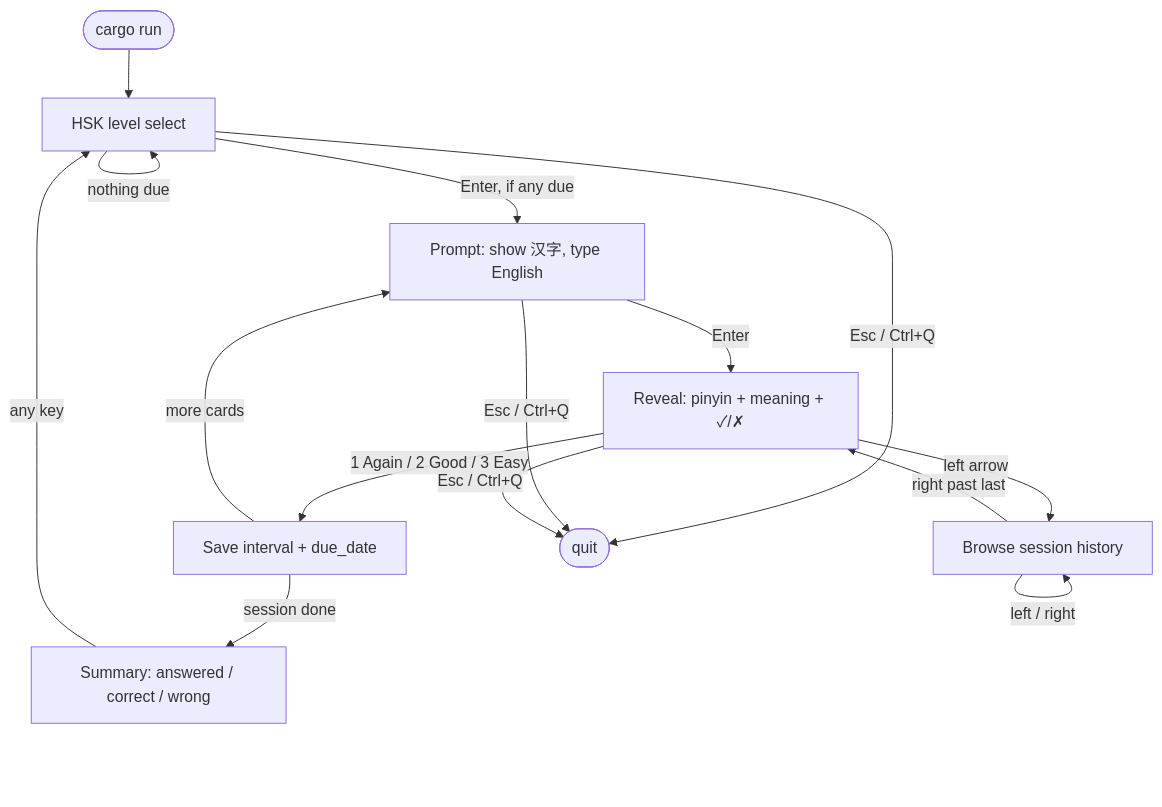
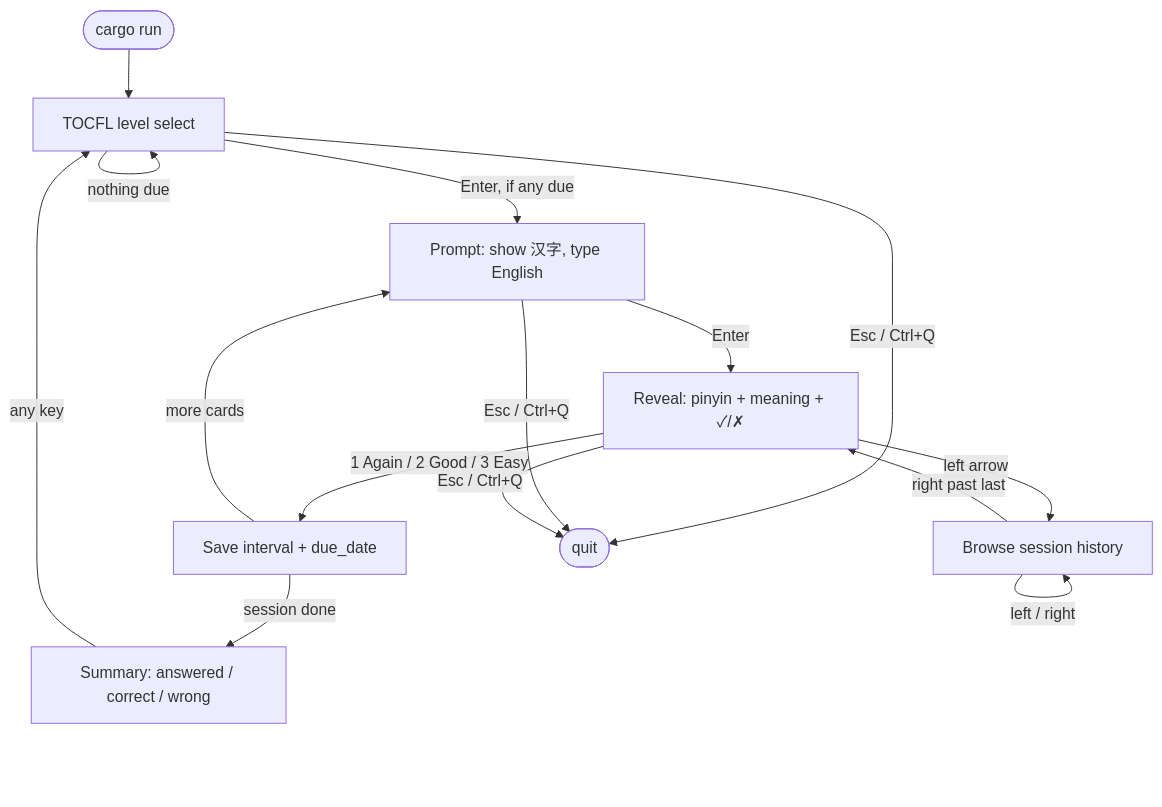
The diagram in README.md (jyleong/mandarin-srs), drawn with Mermaid before and after one commit. The commit also changed other lines of this file and 15 other files, not shown here.

````diff
--- a/README.md
+++ b/README.md
@@ -50,17 +50,17 @@
 ```mermaid
 flowchart TD
-  start([cargo run]) --> select[HSK level select]
+  start([cargo run]) --> select[TOCFL level select]
   select -->|Enter, if any due| prompt[Prompt: show 汉字, type English]
   select -->|nothing due| select
   prompt -->|Enter| reveal[Reveal: pinyin + meaning + ✓/✗]
   reveal -->|1 Again / 2 Good / 3 Easy| save[Save interval + due_date]
   reveal -->|left arrow| browse[Browse session history]
   browse -->|left / right| browse
   browse -->|right past last| reveal
   save -->|more cards| prompt
   save -->|session done| summary[Summary: answered / correct / wrong]
   summary -->|any key| select
   select -->|Esc / Ctrl+Q| exit([quit])
   prompt -->|Esc / Ctrl+Q| exit
   reveal -->|Esc / Ctrl+Q| exit
 ```
````
